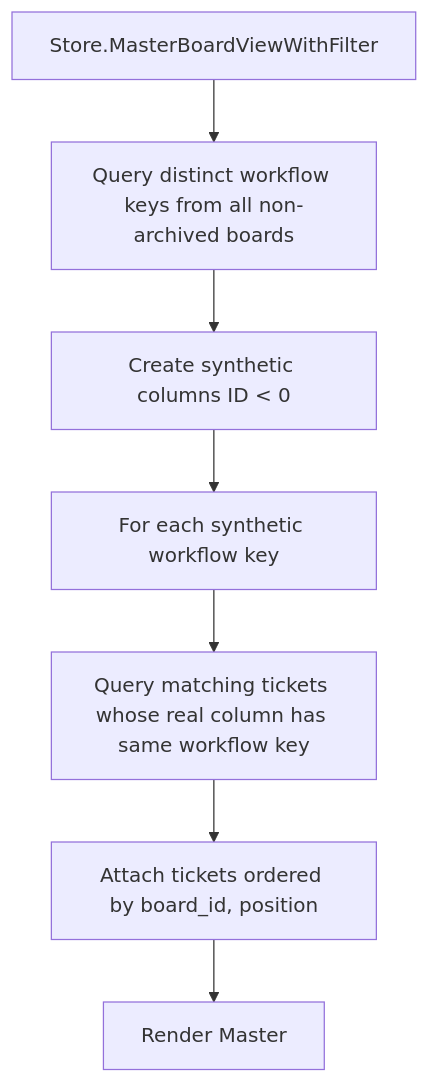
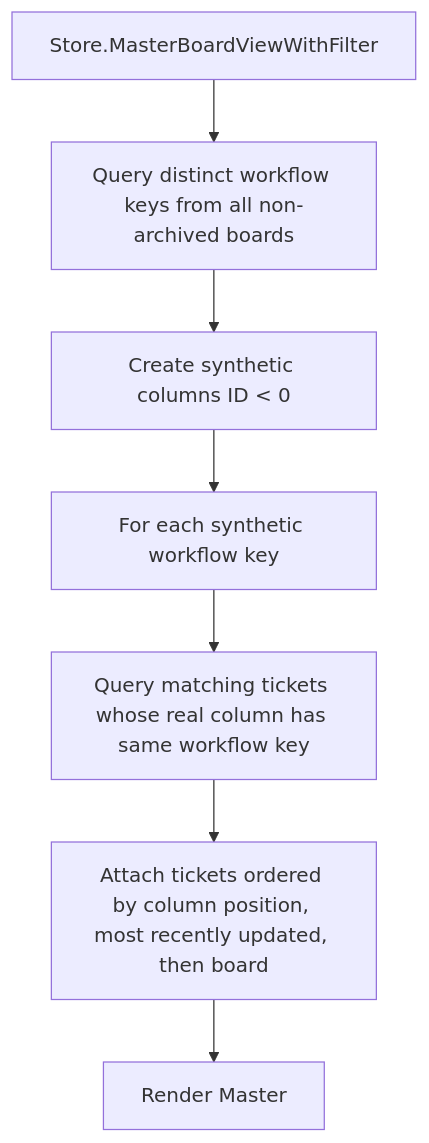
The third of 6 diagrams in docs/multi-board-behavior.md (carlotran4/kanbi), drawn with Mermaid before and after one commit. The commit also changed other lines of this file and 2 other files, not shown here.

Commit message:
sort moved tickets first in Master columns

````diff
--- a/docs/multi-board-behavior.md
+++ b/docs/multi-board-behavior.md
@@ -92,9 +92,9 @@
 ```mermaid
 flowchart TD
   A[Store.MasterBoardViewWithFilter] --> B[Query distinct workflow keys from all non-archived boards]
   B --> C[Create synthetic columns ID < 0]
   C --> D[For each synthetic workflow key]
   D --> E[Query matching tickets whose real column has same workflow key]
-  E --> F[Attach tickets ordered by board_id, position]
+  E --> F[Attach tickets ordered by column position, most recently updated, then board]
   F --> G[Render Master]
 ```
````
